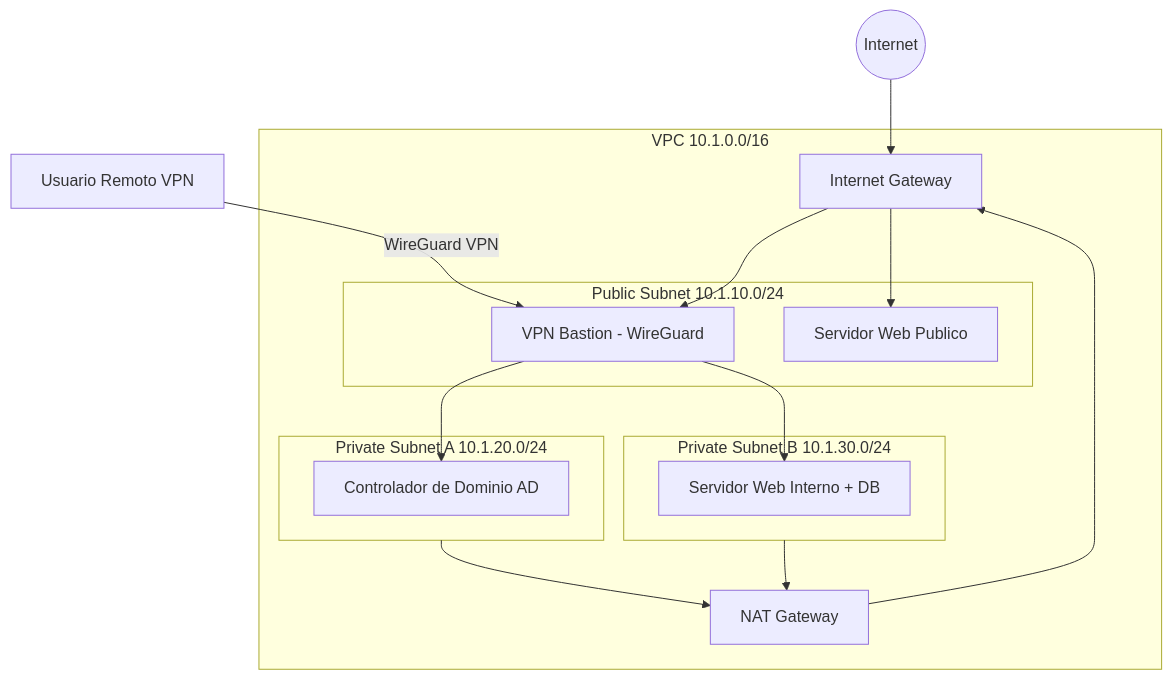
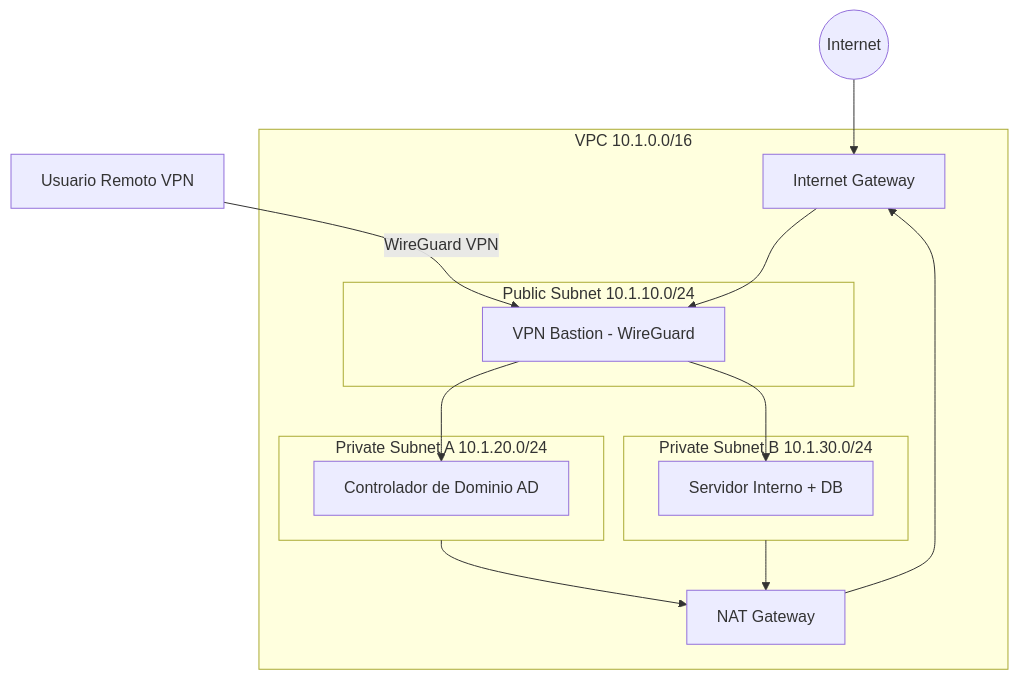
Before and after one commit to JuanSanhueza20/onboarding: the diagram in README.md, drawn with Mermaid. The commit also changed other lines of this file, not shown here.

Commit message:
modificando diagrama

````diff
--- a/README.md
+++ b/README.md
@@ -12,40 +11,40 @@
 ```mermaid
 flowchart TB
 
     Internet((Internet))
 
     subgraph VPC["VPC 10.1.0.0/16"]
 
         subgraph PublicA["Public Subnet 10.1.10.0/24"]
             VPN["VPN Bastion - WireGuard"]
-            WEBPUB["Servidor Web Publico"]
+            
         end
 
         subgraph PrivateA["Private Subnet A 10.1.20.0/24"]
             AD["Controlador de Dominio AD"]
         end
 
         subgraph PrivateB["Private Subnet B 10.1.30.0/24"]
-            WEBINT["Servidor Web Interno + DB"]
+            PR_SRV["Servidor Interno + DB"]
         end
 
         NAT["NAT Gateway"]
         IGW["Internet Gateway"]
 
     end
 
     Client["Usuario Remoto VPN"]
 
     Client -->|WireGuard VPN| VPN
 
     Internet --> IGW
     IGW --> VPN
-    IGW --> WEBPUB
+   
 
     VPN --> AD
-    VPN --> WEBINT
+    VPN --> PR_SRV
 
     PrivateA --> NAT
     PrivateB --> NAT
     NAT --> IGW
 ```
````
